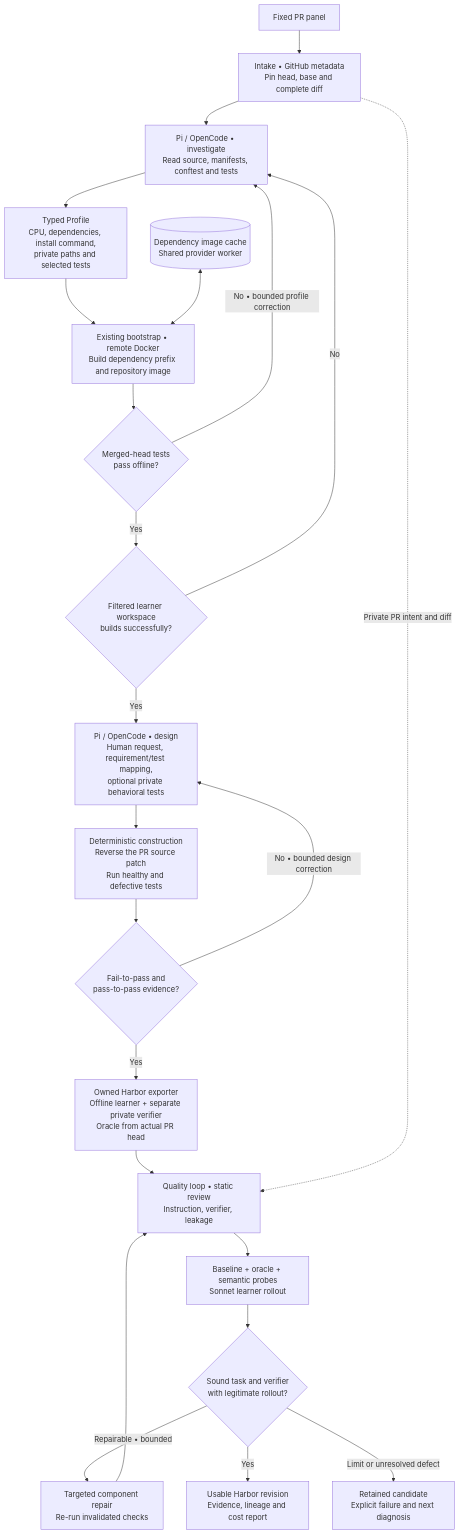
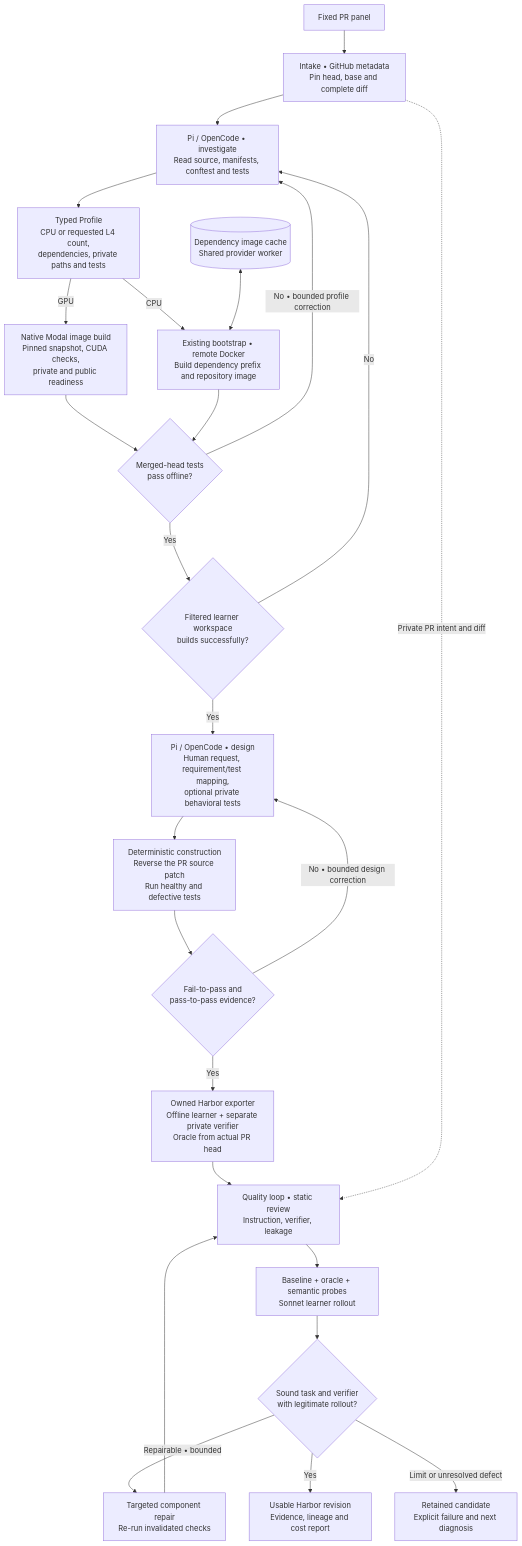
Before and after one commit to huggingface/Repo2RLEnv: the diagram in docs/pipelines/tasksmith.md, drawn with Mermaid. The commit also changed other lines of this file and 27 other files, not shown here.

````diff
--- a/docs/pipelines/tasksmith.md
+++ b/docs/pipelines/tasksmith.md
@@ -9,25 +9,27 @@
 ```mermaid
 flowchart TD
     PR["Fixed PR panel"] --> PIN["Intake • GitHub metadata<br/>Pin head, base and complete diff"]
     PIN --> INVEST["Pi / OpenCode • investigate<br/>Read source, manifests, conftest and tests"]
-    INVEST --> PROFILE["Typed Profile<br/>CPU, dependencies, install command,<br/>private paths and selected tests"]
-    PROFILE --> BOOT["Existing bootstrap • remote Docker<br/>Build dependency prefix and repository image"]
+    INVEST --> PROFILE["Typed Profile<br/>CPU or requested L4 count,<br/>dependencies, private paths and tests"]
+    PROFILE -->|CPU| BOOT["Existing bootstrap • remote Docker<br/>Build dependency prefix and repository image"]
+    PROFILE -->|GPU| NATIVE["Native Modal image build<br/>Pinned snapshot, CUDA checks,<br/>private and public readiness"]
+    NATIVE --> HEAD
     CACHE[("Dependency image cache<br/>Shared provider worker")] <--> BOOT
     BOOT --> HEAD{"Merged-head tests<br/>pass offline?"}
     HEAD -->|"No • bounded profile correction"| INVEST
     HEAD -->|Yes| PUBLIC{"Filtered learner workspace<br/>builds successfully?"}
     PUBLIC -->|No| INVEST
     PUBLIC -->|Yes| DESIGN["Pi / OpenCode • design<br/>Human request, requirement/test mapping,<br/>optional private behavioral tests"]
     DESIGN --> CONTRAST["Deterministic construction<br/>Reverse the PR source patch<br/>Run healthy and defective tests"]
     CONTRAST --> CHECK{"Fail-to-pass and<br/>pass-to-pass evidence?"}
     CHECK -->|"No • bounded design correction"| DESIGN
     CHECK -->|Yes| EMIT["Owned Harbor exporter<br/>Offline learner + separate private verifier<br/>Oracle from actual PR head"]
     EMIT --> REVIEW["Quality loop • static review<br/>Instruction, verifier, leakage"]
     PIN -. "Private PR intent and diff" .-> REVIEW
     REVIEW --> EXEC["Baseline + oracle + semantic probes<br/>Sonnet learner rollout"]
     EXEC --> DECIDE{"Sound task and verifier<br/>with legitimate rollout?"}
     DECIDE -->|"Repairable • bounded"| REPAIR["Targeted component repair<br/>Re-run invalidated checks"]
     REPAIR --> REVIEW
     DECIDE -->|Yes| TASK["Usable Harbor revision<br/>Evidence, lineage and cost report"]
     DECIDE -->|"Limit or unresolved defect"| RETAIN["Retained candidate<br/>Explicit failure and next diagnosis"]
 ```
````
